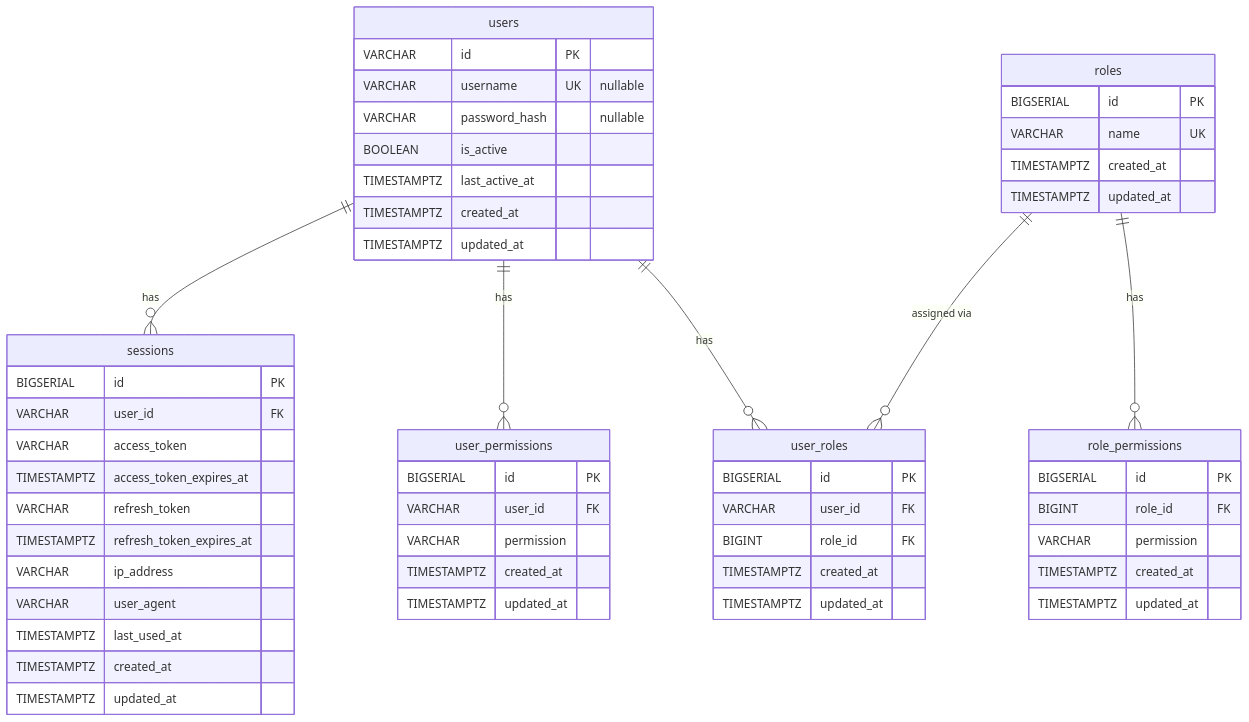
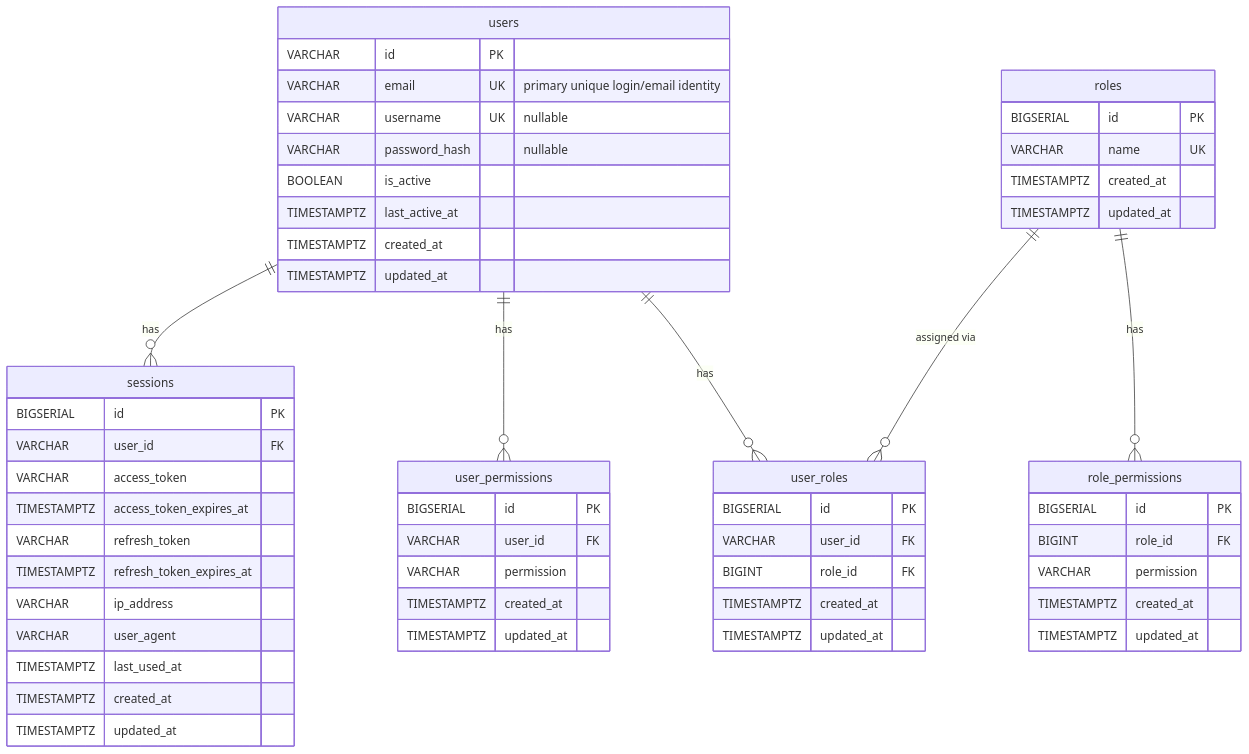
One commit to Jaxongir1006/ai-interview-prep-api changed the diagram in docs/specs/modules/auth/ERD.md. Above: the diagram before and after it, drawn with Mermaid. The commit also changed 167 other files, not shown here.

````diff
--- a/docs/specs/modules/auth/ERD.md
+++ b/docs/specs/modules/auth/ERD.md
@@ -3,63 +3,64 @@
 ```mermaid
 erDiagram
     users {
         VARCHAR id PK
+        VARCHAR email UK "primary unique login/email identity"
         VARCHAR username UK "nullable"
         VARCHAR password_hash "nullable"
         BOOLEAN is_active
         TIMESTAMPTZ last_active_at
         TIMESTAMPTZ created_at
         TIMESTAMPTZ updated_at
     }
 
     roles {
         BIGSERIAL id PK
         VARCHAR name UK
         TIMESTAMPTZ created_at
         TIMESTAMPTZ updated_at
     }
 
     role_permissions {
         BIGSERIAL id PK
         BIGINT role_id FK
         VARCHAR permission
         TIMESTAMPTZ created_at
         TIMESTAMPTZ updated_at
     }
 
     user_roles {
         BIGSERIAL id PK
         VARCHAR user_id FK
         BIGINT role_id FK
         TIMESTAMPTZ created_at
         TIMESTAMPTZ updated_at
     }
 
     user_permissions {
         BIGSERIAL id PK
         VARCHAR user_id FK
         VARCHAR permission
         TIMESTAMPTZ created_at
         TIMESTAMPTZ updated_at
     }
 
     sessions {
         BIGSERIAL id PK
         VARCHAR user_id FK
         VARCHAR access_token
         TIMESTAMPTZ access_token_expires_at
         VARCHAR refresh_token
         TIMESTAMPTZ refresh_token_expires_at
         VARCHAR ip_address
         VARCHAR user_agent
         TIMESTAMPTZ last_used_at
         TIMESTAMPTZ created_at
         TIMESTAMPTZ updated_at
     }
 
     users ||--o{ user_roles : "has"
     users ||--o{ user_permissions : "has"
     users ||--o{ sessions : "has"
     roles ||--o{ role_permissions : "has"
     roles ||--o{ user_roles : "assigned via"
 ```
````
